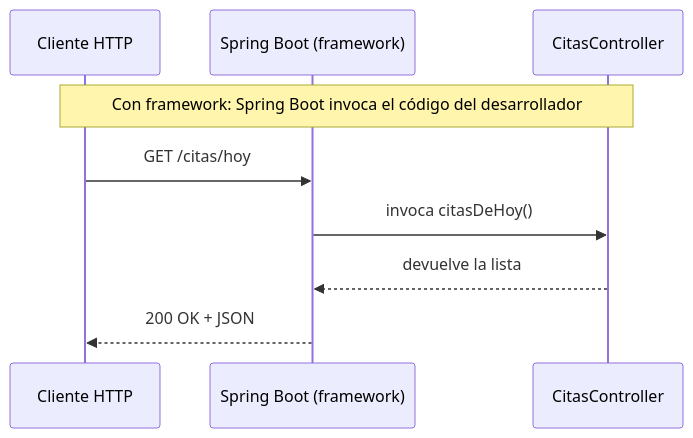
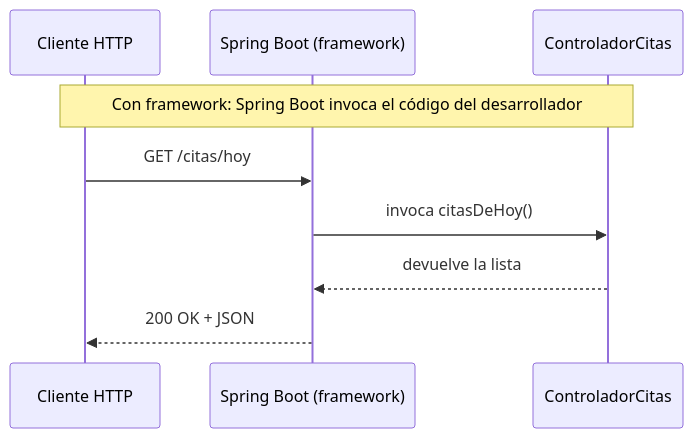
One commit to crodrigr/skill-spring-boot changed the second of 2 diagrams in generador-cursos/curso-spring-boot/01-introduccion-a-spring-boot/material/ejemplos/01-que-son-los-frameworks.md. Above: the diagram before and after it, drawn with Mermaid. The commit also changed other lines of this file and 78 other files, not shown here.

````diff
--- a/generador-cursos/curso-spring-boot/01-introduccion-a-spring-boot/material/ejemplos/01-que-son-los-frameworks.md
+++ b/generador-cursos/curso-spring-boot/01-introduccion-a-spring-boot/material/ejemplos/01-que-son-los-frameworks.md
@@ -116,12 +116,12 @@
 ```mermaid
 sequenceDiagram
     participant Cliente as Cliente HTTP
     participant SpringBoot as Spring Boot (framework)
-    participant Controller as CitasController
+    participant Controller as ControladorCitas
 
     Note over Cliente,Controller: Con framework: Spring Boot invoca el código del desarrollador
     Cliente->>SpringBoot: GET /citas/hoy
     SpringBoot->>Controller: invoca citasDeHoy()
     Controller-->>SpringBoot: devuelve la lista
     SpringBoot-->>Cliente: 200 OK + JSON
 ```
````
